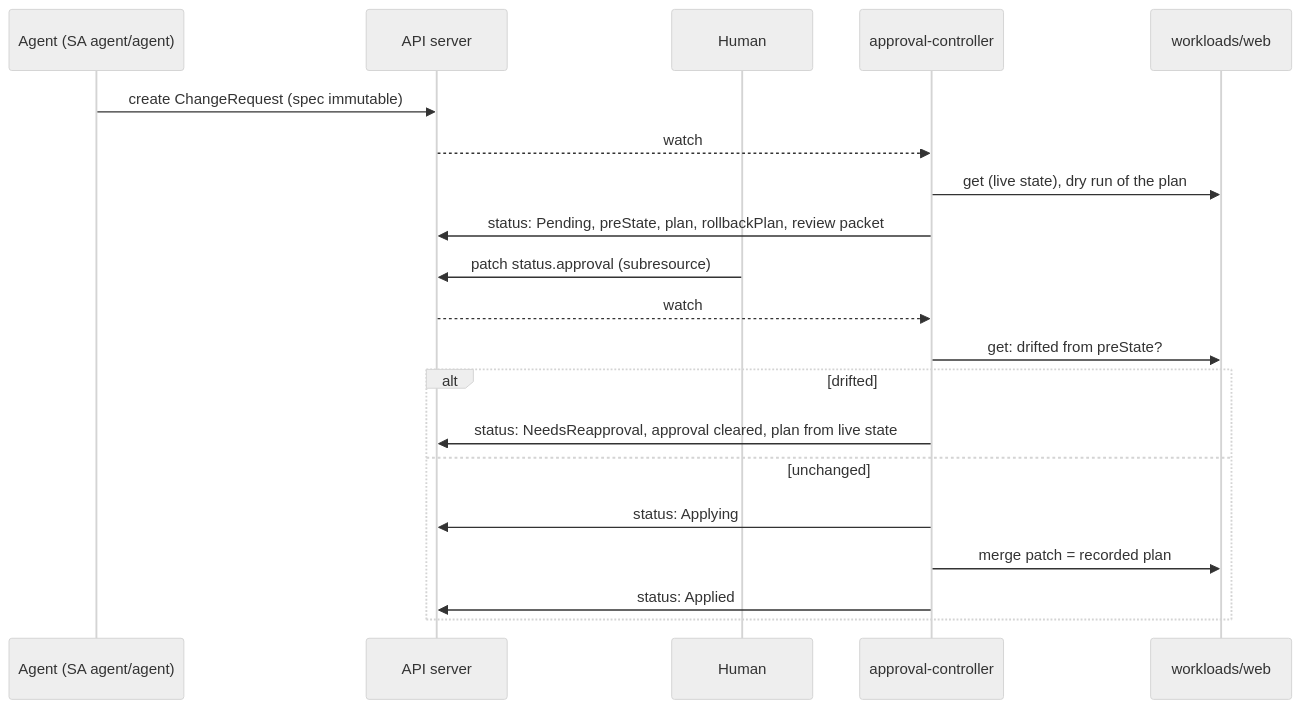
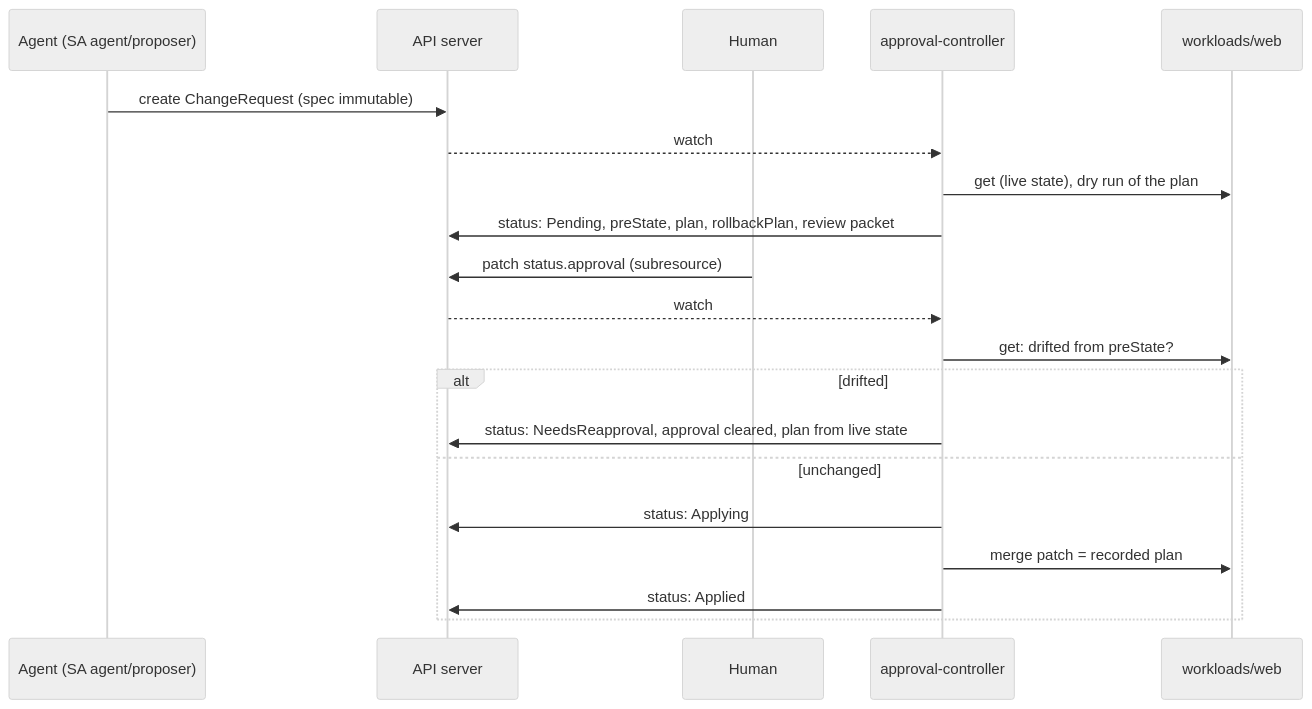
The diagram in projects/02-approval-gate/README.md (billykong/safe-ops-agent-k8s), drawn with Mermaid (neutral theme) before and after one commit. The commit also changed other lines of this file and 39 other files, not shown here.

````diff
--- a/projects/02-approval-gate/README.md
+++ b/projects/02-approval-gate/README.md
@@ -18,22 +18,22 @@
 ```mermaid
 sequenceDiagram
-  participant A as Agent (SA agent/agent)
+  participant A as Agent (SA agent/proposer)
   participant K as API server
   participant H as Human
   participant C as approval-controller
   participant W as workloads/web
   A->>K: create ChangeRequest (spec immutable)
   K-->>C: watch
   C->>W: get (live state), dry run of the plan
   C->>K: status: Pending, preState, plan, rollbackPlan, review packet
   H->>K: patch status.approval (subresource)
   K-->>C: watch
   C->>W: get: drifted from preState?
   alt drifted
     C->>K: status: NeedsReapproval, approval cleared, plan from live state
   else unchanged
     C->>K: status: Applying
     C->>W: merge patch = recorded plan
     C->>K: status: Applied
   end
 ```
````
